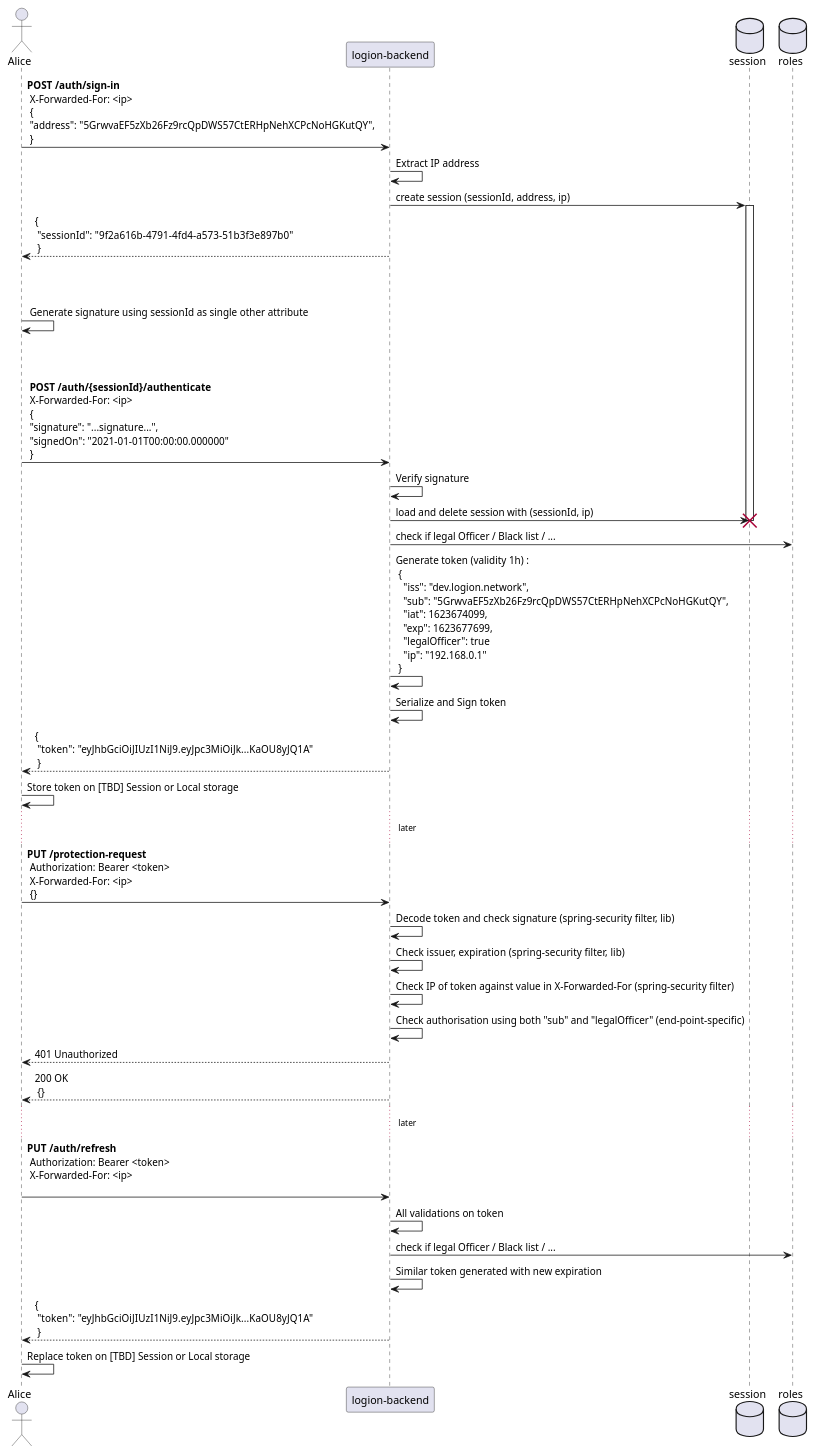
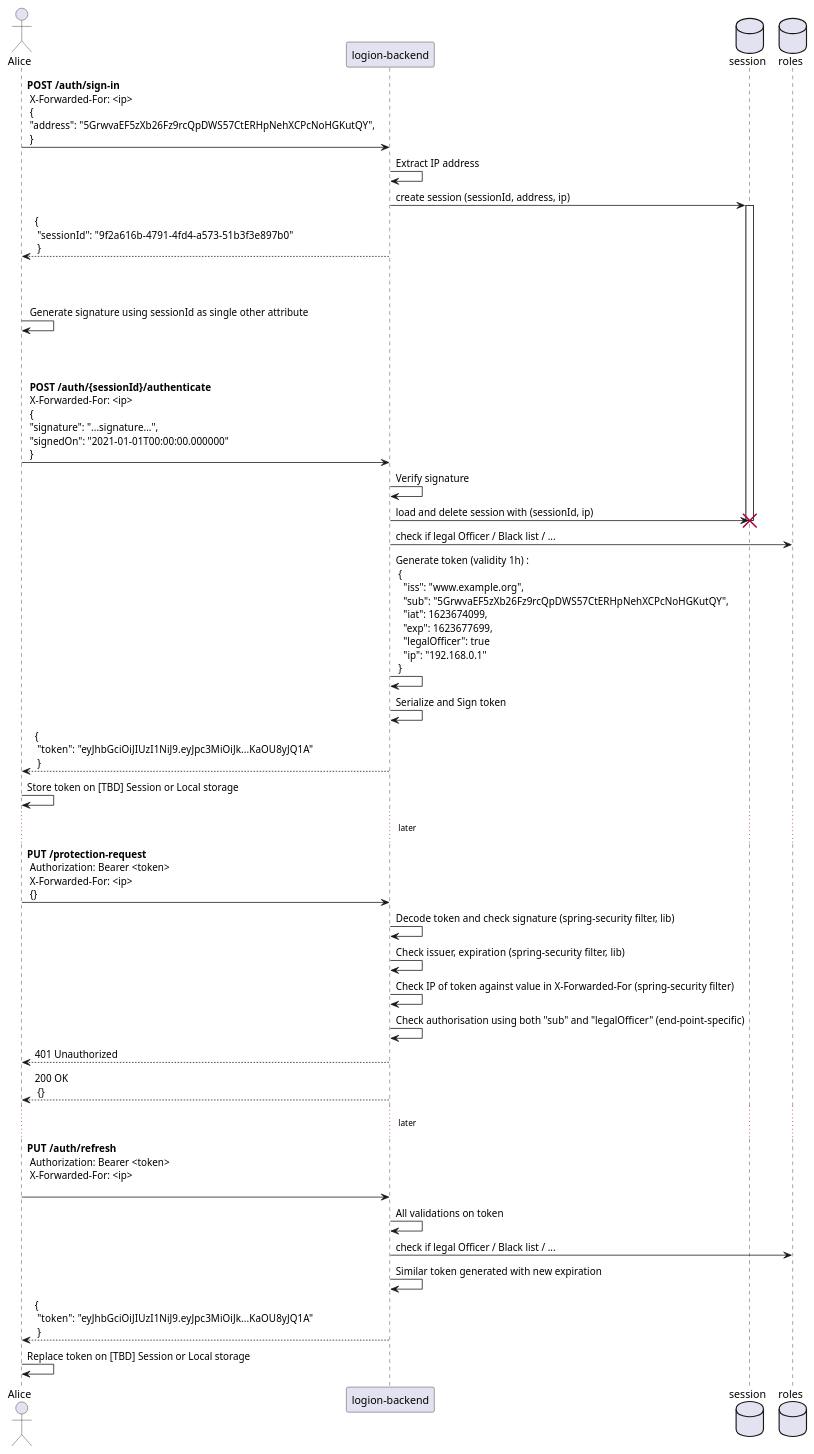
Before and after one commit to logion-network/logion-backend: the diagram in doc/Authentication.puml, drawn with PlantUML. The commit also changed 8 other files, not shown here.

```diff
--- a/doc/Authentication.puml
+++ b/doc/Authentication.puml
@@ -1,63 +1,63 @@
 @startuml
 'https://plantuml.com/sequence-diagram
 
 actor Alice
 participant logion_backend as "logion-backend"
 database    session
 database    roles
 Alice -> logion_backend: **POST /auth/sign-in** \n \
 X-Forwarded-For: <ip> \n \
 { \n \
 "address": "5GrwvaEF5zXb26Fz9rcQpDWS57CtERHpNehXCPcNoHGKutQY", \n \
 }
 logion_backend -> logion_backend: Extract IP address
 logion_backend -> session: create session (sessionId, address, ip)
 activate session
 logion_backend --> Alice: { \n "sessionId":  "9f2a616b-4791-4fd4-a573-51b3f3e897b0" \n }
 Alice -> Alice:  \n \n \n Generate signature using sessionId as single other attribute
 Alice -> logion_backend: \n \n \n **POST /auth/{sessionId}/authenticate** \n \
 X-Forwarded-For: <ip> \n \
 { \n \
 "signature": "...signature...", \n \
 "signedOn": "2021-01-01T00:00:00.000000" \n \
 }
 logion_backend -> logion_backend: Verify signature
 logion_backend -> session: load and delete session with (sessionId, ip)
 destroy session
 logion_backend -> roles: check if legal Officer / Black list / ...
 logion_backend -> logion_backend: Generate token (validity 1h) : \n \
 { \n \
-  "iss": "dev.logion.network", \n \
+  "iss": "www.example.org", \n \
   "sub": "5GrwvaEF5zXb26Fz9rcQpDWS57CtERHpNehXCPcNoHGKutQY", \n \
   "iat": 1623674099, \n \
   "exp": 1623677699, \n \
   "legalOfficer": true \n \
   "ip": "192.168.0.1" \n \
 }
 logion_backend -> logion_backend: Serialize and Sign token
 logion_backend --> Alice: { \n "token":  "eyJhbGciOiJIUzI1NiJ9.eyJpc3MiOiJk...KaOU8yJQ1A" \n }
 Alice -> Alice: Store token on [TBD] Session or Local storage
 ... later ...
 Alice -> logion_backend: **PUT /protection-request** \n \
 Authorization: Bearer <token> \n \
 X-Forwarded-For: <ip> \n \
 {}
 logion_backend -> logion_backend: Decode token and check signature (spring-security filter, lib)
 logion_backend -> logion_backend: Check issuer, expiration (spring-security filter, lib)
 logion_backend -> logion_backend: Check IP of token against value in X-Forwarded-For (spring-security filter)
 logion_backend -> logion_backend: Check authorisation using both "sub" and "legalOfficer" (end-point-specific)
 logion_backend --> Alice: 401 Unauthorized
 logion_backend --> Alice: 200 OK \n \
 {}
 ... later ...
 Alice -> logion_backend: **PUT /auth/refresh** \n \
 Authorization: Bearer <token> \n \
 X-Forwarded-For: <ip> \n
 logion_backend -> logion_backend: All validations on token
 logion_backend -> roles: check if legal Officer / Black list / ...
 logion_backend -> logion_backend: Similar token generated with new expiration
 logion_backend --> Alice: { \n "token":  "eyJhbGciOiJIUzI1NiJ9.eyJpc3MiOiJk...KaOU8yJQ1A" \n }
 Alice -> Alice: Replace token on [TBD] Session or Local storage
 
 
 @enduml
```
